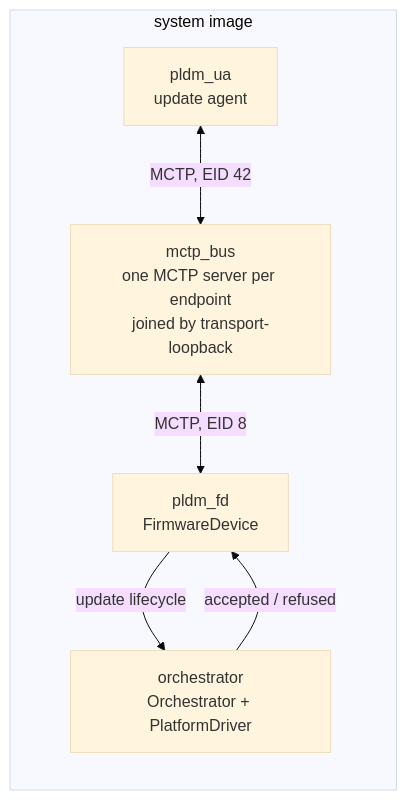
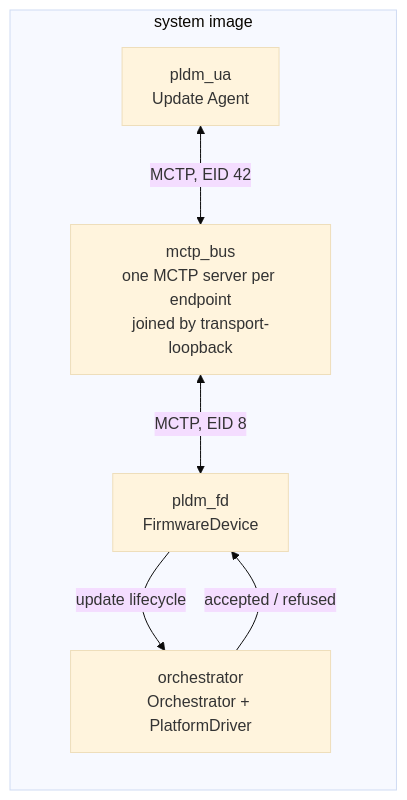
One commit to OpenPRoT/openprot changed the third of 4 diagrams in target/ast10x0/tests/integration/README.md. Above: the diagram before and after it, drawn with Mermaid (base theme). The commit also changed other lines of this file and 35 other files, not shown here.

````diff
--- a/target/ast10x0/tests/integration/README.md
+++ b/target/ast10x0/tests/integration/README.md
@@ -234,13 +235,13 @@
 ```mermaid
 flowchart LR
     subgraph image["system image"]
-        ua["pldm_ua<br/>update agent"]
+        ua["pldm_ua<br/>Update Agent"]
         bus["mctp_bus<br/>one MCTP server per endpoint<br/>joined by transport-loopback"]
         fd["pldm_fd<br/>FirmwareDevice"]
         orch["orchestrator<br/>Orchestrator + PlatformDriver"]
     end
     ua <-- "MCTP, EID 42" --> bus
     bus <-- "MCTP, EID 8" --> fd
     fd -- "update lifecycle" --> orch
     orch -- "accepted / refused" --> fd
 ```
````
